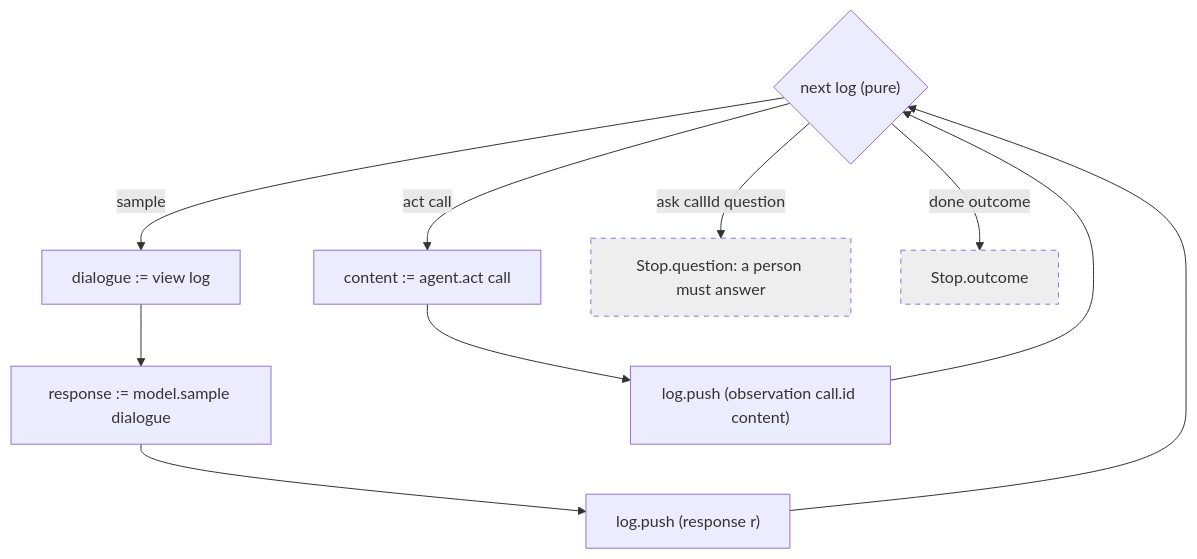
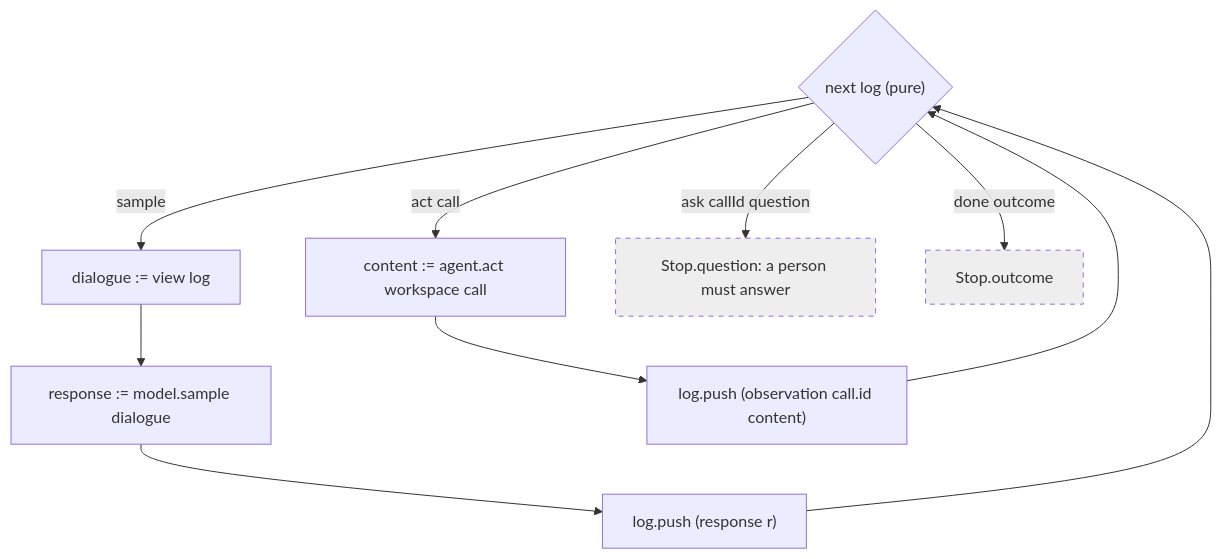
One commit to mechtaev/alaya changed the third of 3 diagrams in docs/agent-api.md. Above: the diagram before and after it, drawn with Mermaid. The commit also changed other lines of this file and 7 other files, not shown here.

First line of the commit message:
Hand the workspace to `act`, and drop the problem framing from the schema page

````diff
--- a/docs/agent-api.md
+++ b/docs/agent-api.md
@@ -158,19 +167,19 @@
 ```mermaid
 flowchart TD
   NEXT{"next log (pure)"}
 
   NEXT -->|sample| S1["dialogue := view log"]
   S1 --> S2["response := model.sample dialogue"]
   S2 --> S3["log.push (response r)"]
   S3 --> NEXT
 
-  NEXT -->|"act call"| A1["content := agent.act call"]
+  NEXT -->|"act call"| A1["content := agent.act workspace call"]
   A1 --> A2["log.push (observation call.id content)"]
   A2 --> NEXT
 
   NEXT -->|"ask callId question"| SU["Stop.question: a person must answer"]
   NEXT -->|"done outcome"| DO["Stop.outcome"]
 
   classDef terminal fill:#eee,stroke-dasharray: 5 5
   class SU,DO terminal
 ```
````
